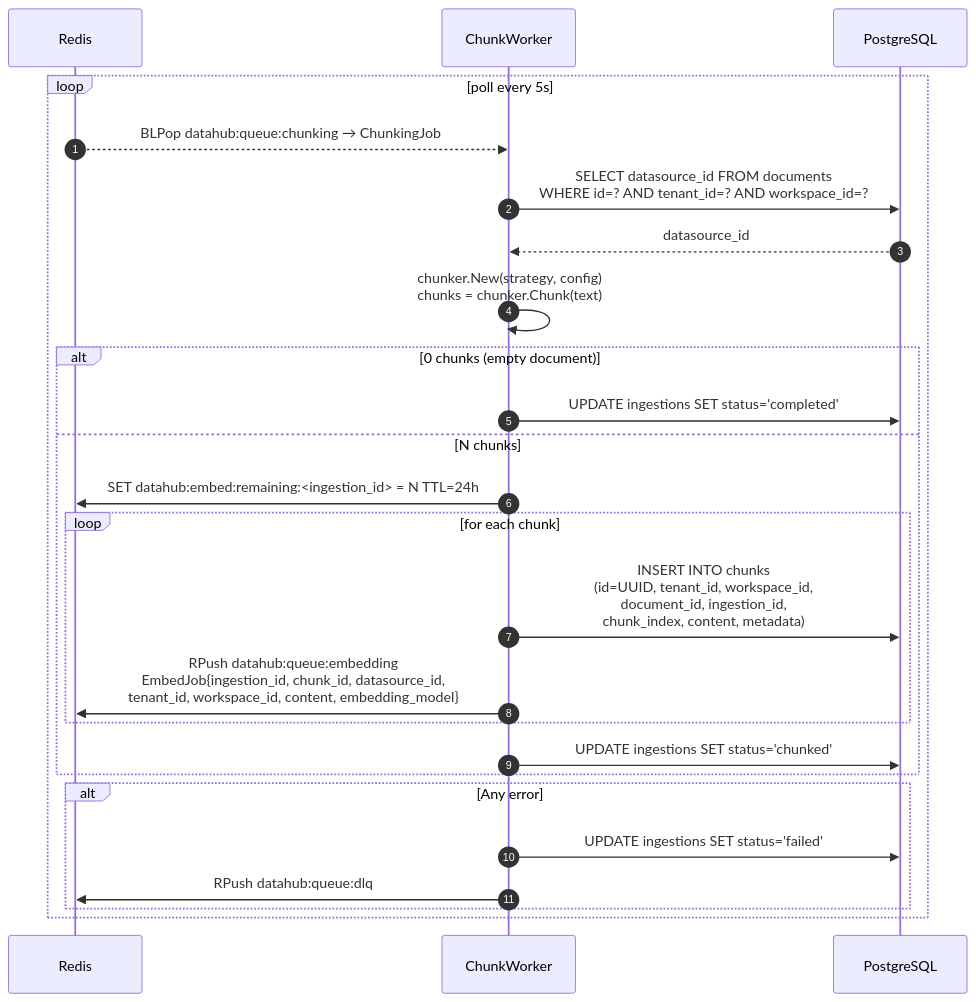
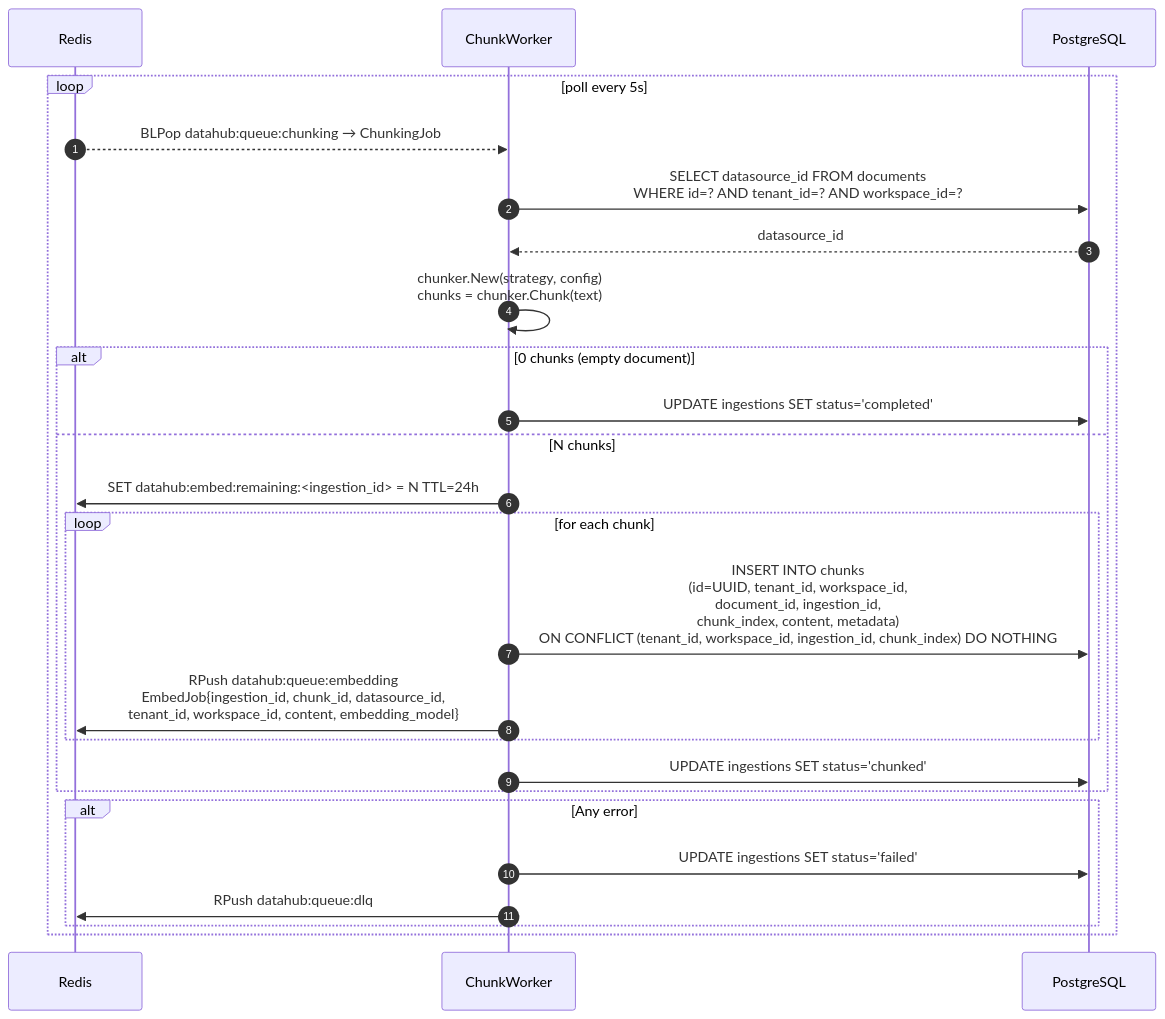
The sixth of 11 diagrams in docs/architecture/datahub/sequence.md (Andrew-Bu1/Agent-Platform), drawn with Mermaid before and after one commit. The commit also changed other lines of this file and 21 other files, not shown here.

````diff
--- a/docs/architecture/datahub/sequence.md
+++ b/docs/architecture/datahub/sequence.md
@@ -292,28 +294,28 @@
 ```mermaid
 sequenceDiagram
     autonumber
     participant Redis as Redis
     participant CW as ChunkWorker
     participant DB as PostgreSQL
 
     loop poll every 5s
         Redis-->>CW: BLPop datahub:queue:chunking → ChunkingJob
         CW->>DB: SELECT datasource_id FROM documents<br/>WHERE id=? AND tenant_id=? AND workspace_id=?
         DB-->>CW: datasource_id
         CW->>CW: chunker.New(strategy, config)<br/>chunks = chunker.Chunk(text)
         alt 0 chunks (empty document)
             CW->>DB: UPDATE ingestions SET status='completed'
         else N chunks
             CW->>Redis: SET datahub:embed:remaining:<ingestion_id> = N  TTL=24h
             loop for each chunk
-                CW->>DB: INSERT INTO chunks<br/>(id=UUID, tenant_id, workspace_id,<br/>document_id, ingestion_id,<br/>chunk_index, content, metadata)
+                CW->>DB: INSERT INTO chunks<br/>(id=UUID, tenant_id, workspace_id,<br/>document_id, ingestion_id,<br/>chunk_index, content, metadata)<br/>ON CONFLICT (tenant_id, workspace_id, ingestion_id, chunk_index) DO NOTHING
                 CW->>Redis: RPush datahub:queue:embedding<br/>EmbedJob{ingestion_id, chunk_id, datasource_id,<br/>tenant_id, workspace_id, content, embedding_model}
             end
             CW->>DB: UPDATE ingestions SET status='chunked'
         end
         alt Any error
             CW->>DB: UPDATE ingestions SET status='failed'
             CW->>Redis: RPush datahub:queue:dlq
         end
     end
 ```
````
